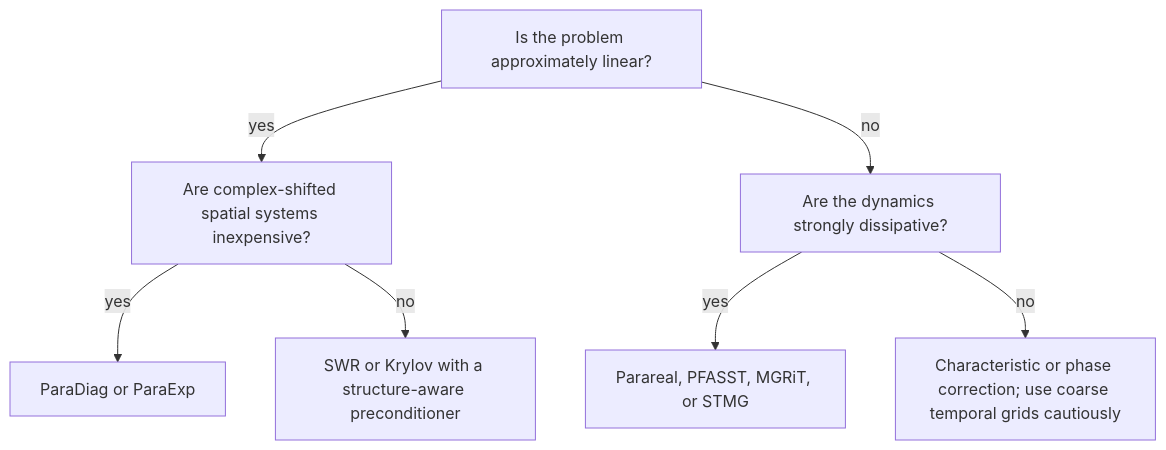
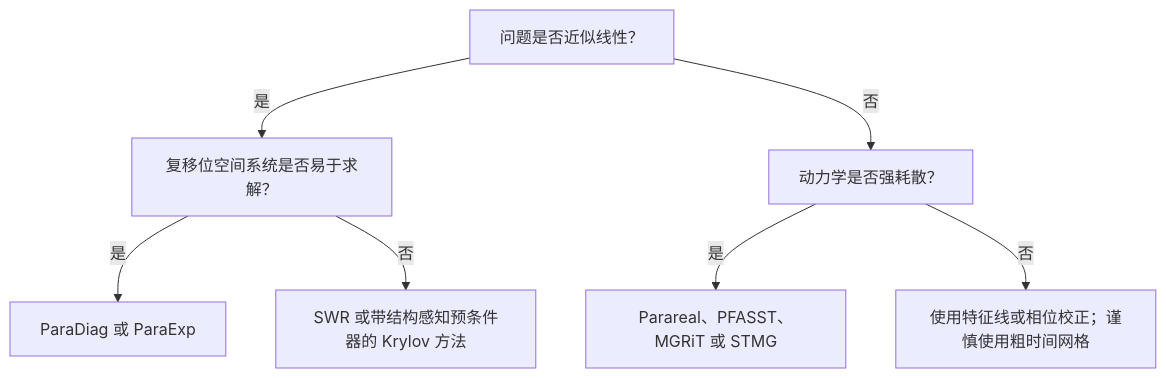
One commit to freezeng123456/freezeng.github.io changed the diagram in content/computational-mathematics/knowledge-notes/time-parallelization/chapter-5-unified-view.md. Above: the diagram before and after it, drawn with Mermaid. The commit also changed other lines of this file and 59 other files, not shown here.

````diff
--- a/content/computational-mathematics/knowledge-notes/time-parallelization/chapter-5-unified-view.md
+++ b/content/computational-mathematics/knowledge-notes/time-parallelization/chapter-5-unified-view.md
@@ -31,9 +33,9 @@
 ```mermaid
 flowchart TD
-  A["Is the problem approximately linear?"] -->|yes| B["Are complex-shifted spatial systems inexpensive?"]
-  B -->|yes| C["ParaDiag or ParaExp"]
-  B -->|no| D["SWR or Krylov with a structure-aware preconditioner"]
-  A -->|no| E["Are the dynamics strongly dissipative?"]
-  E -->|yes| F["Parareal, PFASST, MGRiT, or STMG"]
-  E -->|no| G["Characteristic or phase correction; use coarse temporal grids cautiously"]
+  A["问题是否近似线性？"] -->|是| B["复移位空间系统是否易于求解？"]
+  B -->|是| C["ParaDiag 或 ParaExp"]
+  B -->|否| D["SWR 或带结构感知预条件器的 Krylov 方法"]
+  A -->|否| E["动力学是否强耗散？"]
+  E -->|是| F["Parareal、PFASST、MGRiT 或 STMG"]
+  E -->|否| G["使用特征线或相位校正；谨慎使用粗时间网格"]
 ```
````
